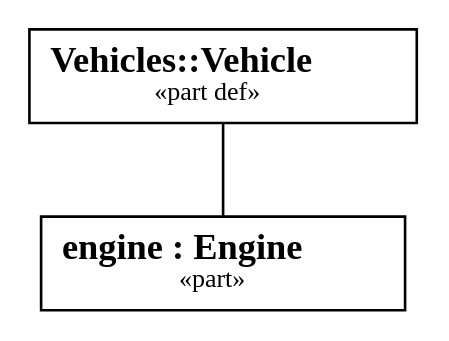
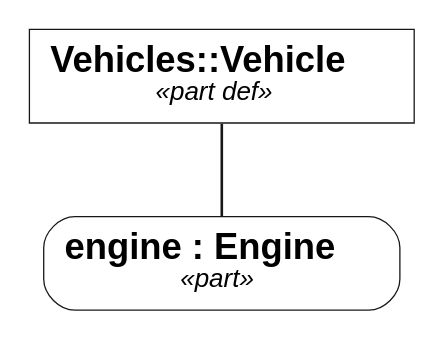
Before and after one commit to Open-MBEE/OpenSysML: the first of 2 diagrams in docs/project/view-rendering-forms.md, drawn with Graphviz. The commit also changed other lines of this file and 53 other files, not shown here.

````diff
--- a/docs/project/view-rendering-forms.md
+++ b/docs/project/view-rendering-forms.md
@@ -88,11 +88,13 @@
 ```dot
 // view: VehicleViews::vehicleView
 // kind: tree
 // layout: dot
 digraph "VehicleViews::vehicleView" {
-  node [shape=box];
-  "n0" [label=<<b>Vehicles::Vehicle</b><br/><font point-size="10">«part def»</font>>];
-  "n1" [label=<<b>engine : Engine</b><br/><font point-size="10">«part»</font>>];
+  graph [fontname="Helvetica"];
+  node [shape=box, style=filled, fillcolor=white, color="#181818", fontname="Helvetica", fontsize=14, penwidth=0.5];
+  edge [color="#181818", fontname="Helvetica", fontsize=13, penwidth=1];
+  "n0" [label=<<b>Vehicles::Vehicle</b><br/><font point-size="10"><i>«part def»</i></font>>];
+  "n1" [style="rounded,filled", label=<<b>engine : Engine</b><br/><font point-size="10"><i>«part»</i></font>>];
   "n0" -> "n1" [arrowhead=none];
 }
 ```
````
